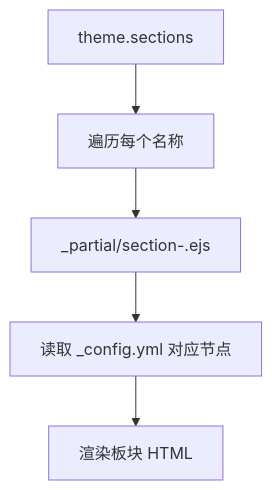
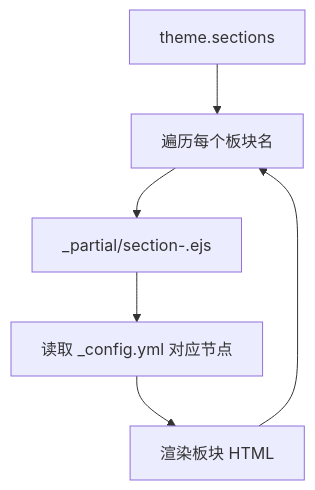
The diagram in source/docs/xongyi/sections/index.md (xfm0797/xfm-docs), drawn with Mermaid before and after one commit. The commit also changed other lines of this file and 25 other files, not shown here.

```diff
--- a/source/docs/xongyi/sections/index.md
+++ b/source/docs/xongyi/sections/index.md
@@ -51,7 +65,8 @@
 {% mermaid %}
 graph TD
-  A[theme.sections] --> B[遍历每个名称]
+  A["theme.sections"] --> B["遍历每个板块名"]
   B --> C["_partial/section-<name>.ejs"]
-  C --> D[读取 _config.yml 对应节点]
-  D --> E[渲染板块 HTML]
+  C --> D["读取 _config.yml 对应节点"]
+  D --> E["渲染板块 HTML"]
+  E --> B
 {% endmermaid %}
```
